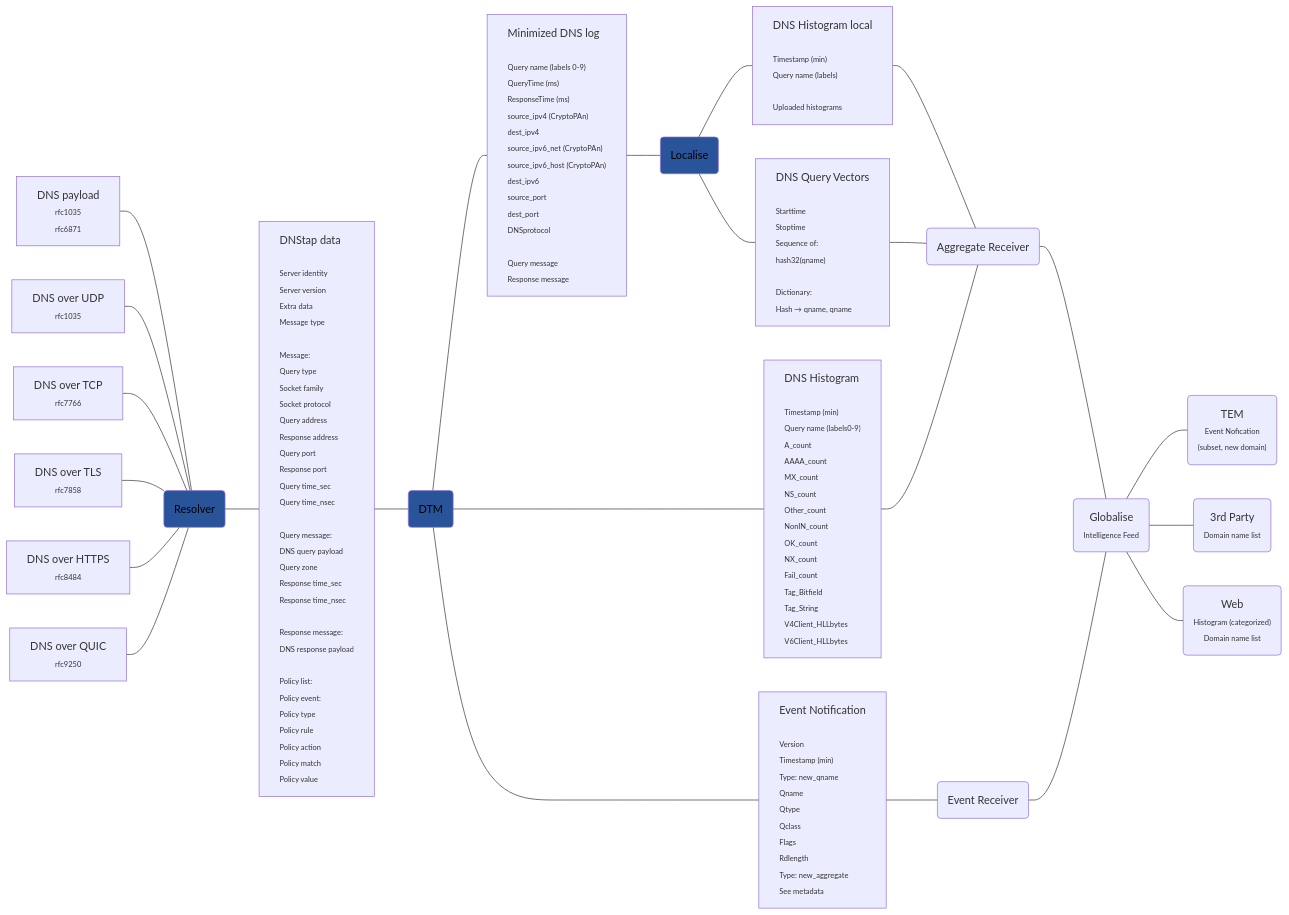
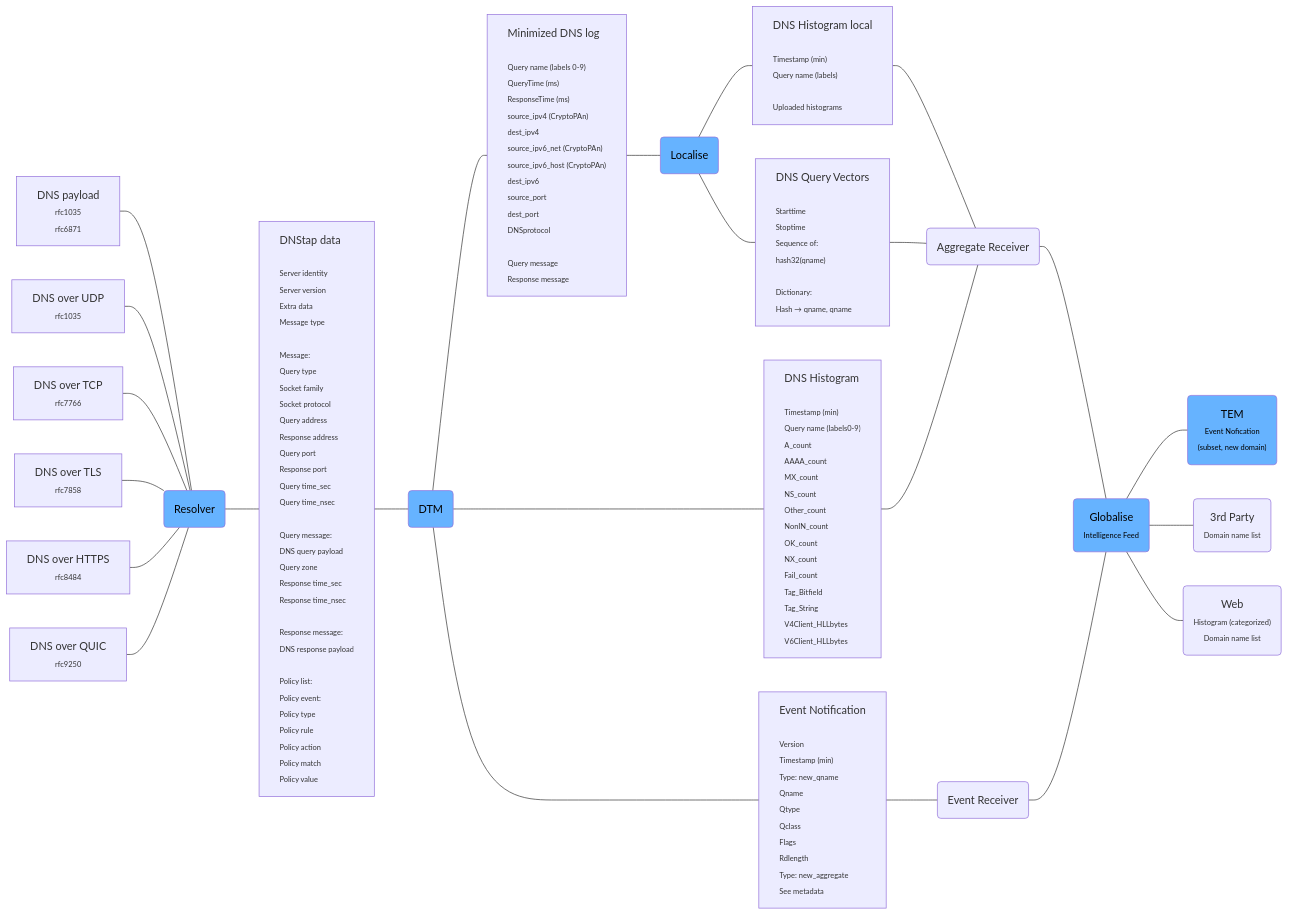
Before and after one commit to dnstapir/datasets: the diagram in tapirdataflow.md, drawn with Mermaid.

````diff
--- a/tapirdataflow.md
+++ b/tapirdataflow.md
@@ -133,19 +133,20 @@
 QV --- AF
 Hist --- AF
 AF --- Gb(Globalise
-<span style='font-size:11px;'>Intelligence Feed</span>)
+<span style='font-size:11px;'>Intelligence Feed</span>):::service 
 Event --- Er(Event Receiver)
 Er --- Gb
 Gb --- Tem("TEM
 <span style='font-size:11px;'>Event Nofication
-(subset, new domain)"</span>)
+(subset, new domain)"</span>):::service 
 Gb --- 3p(3rd Party
 <span style='font-size:11px;'>Domain name list</span>)
 Gb --- W("Web
 <span style='font-size:11px;'>Histogram (categorized)
 Domain name list"</span>)
 
-classDef service fill:#295499,color:#000
+classDef service fill:#66b3ff,color:#000
 classDef left text-align:left;
 
+
 ```
````
